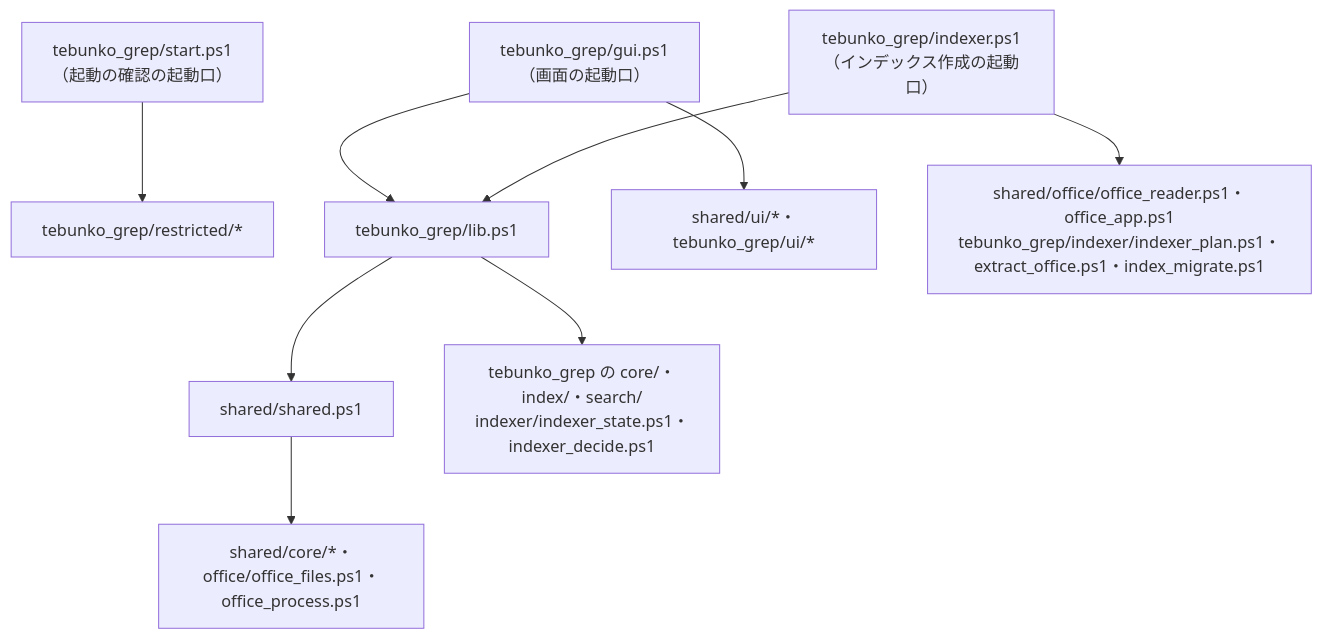
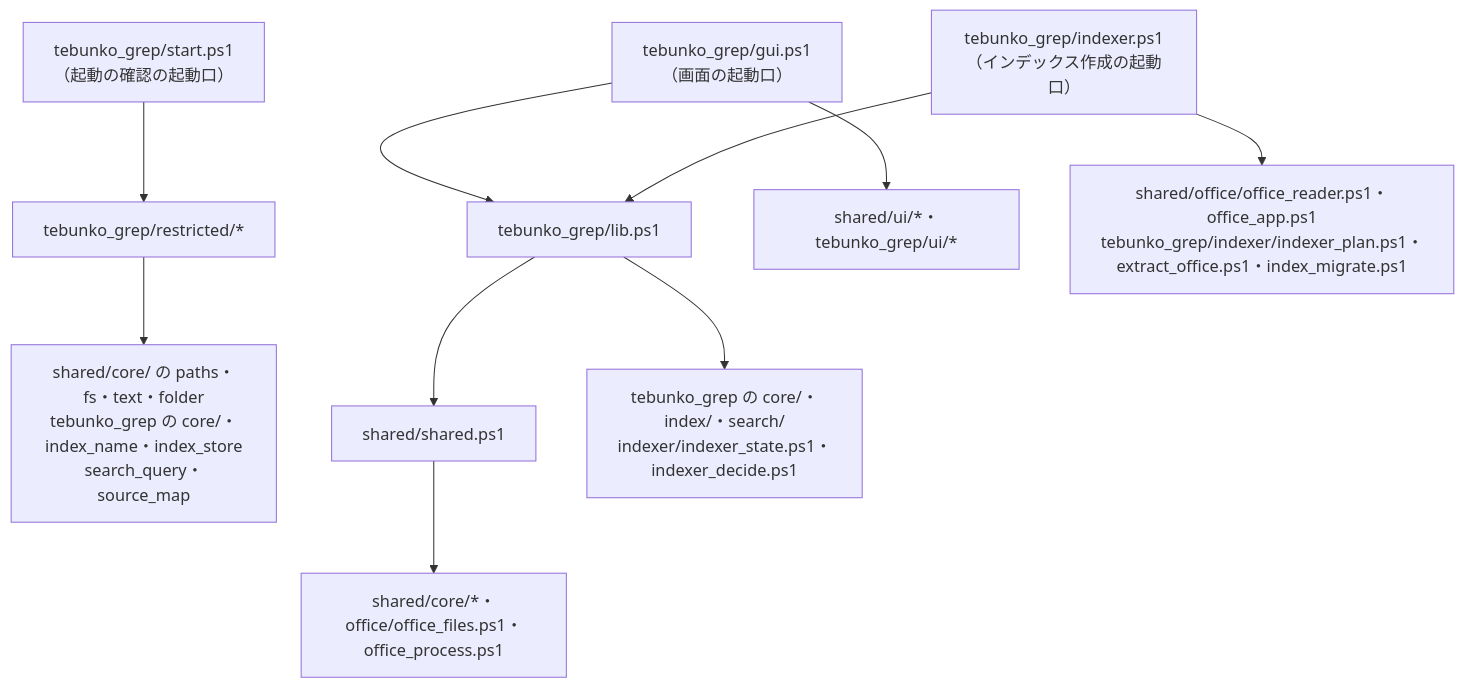
One commit to hsgwa/tebunko changed the first of 3 diagrams in docs/00_共通_2_共通モジュール.md. Above: the diagram before and after it, drawn with Mermaid. The commit also changed other lines of this file and 24 other files, not shown here.

````diff
--- a/docs/00_共通_2_共通モジュール.md
+++ b/docs/00_共通_2_共通モジュール.md
@@ -41,11 +41,12 @@
 ```mermaid
 flowchart TD
     START["tebunko_grep/start.ps1<br>（起動の確認の起動口）"] --> RS["tebunko_grep/restricted/*"]
+    RS --> RSX["shared/core/ の paths・fs・text・folder<br>tebunko_grep の core/・index_name・index_store<br>search_query・source_map"]
     GUI["tebunko_grep/gui.ps1<br>（画面の起動口）"] --> LIB
     IDX["tebunko_grep/indexer.ps1<br>（インデックス作成の起動口）"] --> LIB
     GUI --> UI["shared/ui/*・tebunko_grep/ui/*"]
     IDX --> IXO["shared/office/office_reader.ps1・office_app.ps1<br>tebunko_grep/indexer/indexer_plan.ps1・extract_office.ps1・index_migrate.ps1"]
     LIB["tebunko_grep/lib.ps1"] --> SH["shared/shared.ps1"]
     LIB --> TG["tebunko_grep の core/・index/・search/<br>indexer/indexer_state.ps1・indexer_decide.ps1"]
     SH --> SC["shared/core/*・office/office_files.ps1・office_process.ps1"]
 ```
````
